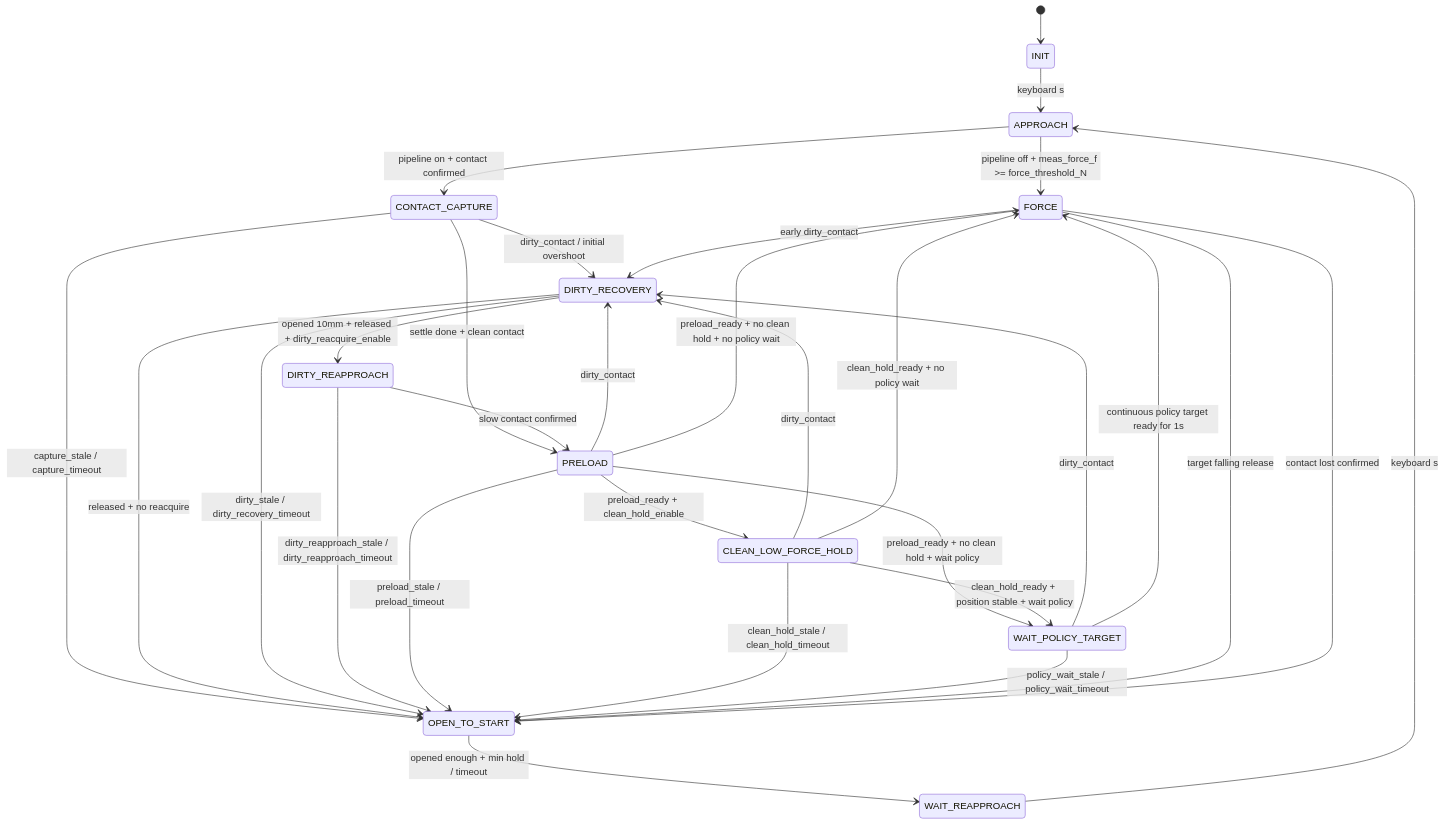
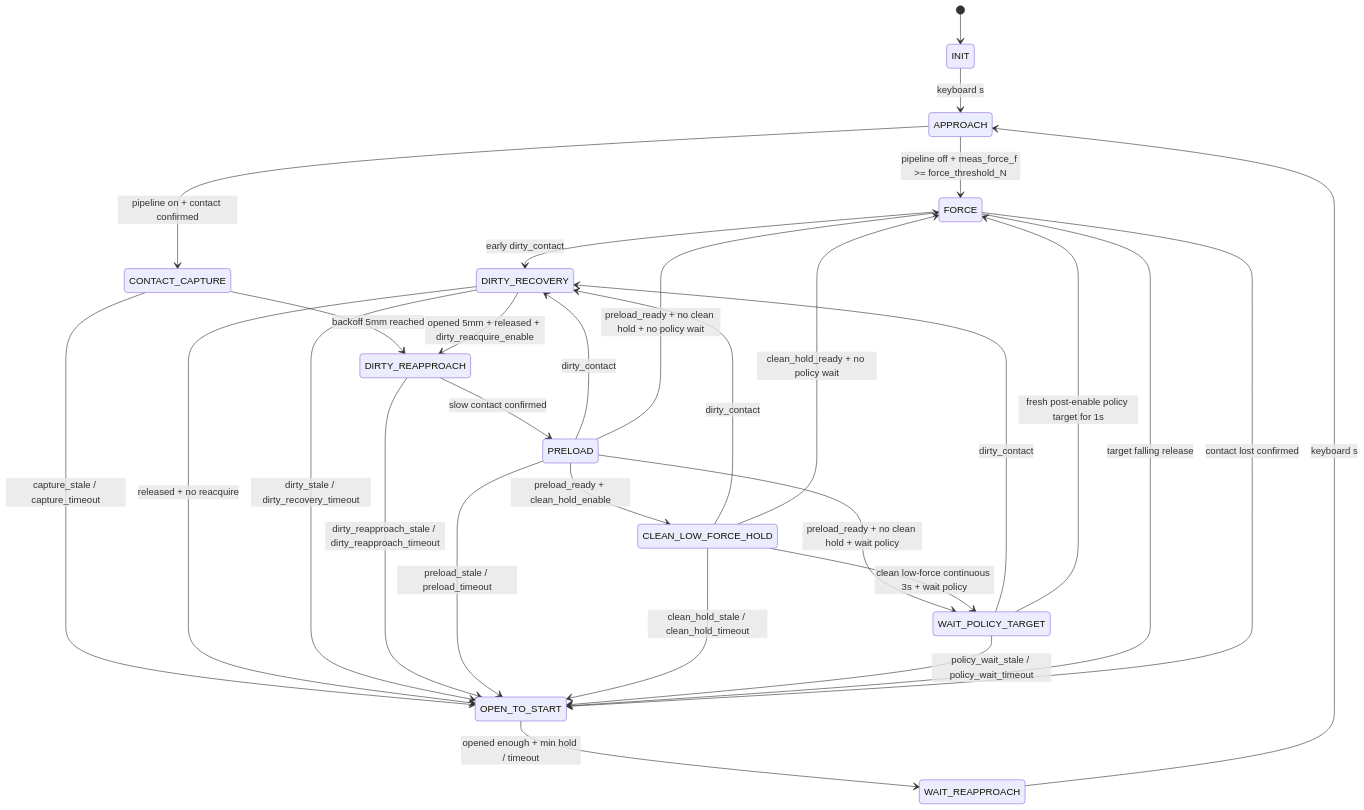
The diagram in wsg_50_driver/wsg50_fsm_force_ctrl_design_v6.md (liane112/wsg50-ros-pkg), drawn with Mermaid before and after one commit. The commit also changed other lines of this file and 1 other file, not shown here.

Commit message:
Update v6 force control handover logic

````diff
--- a/wsg_50_driver/wsg50_fsm_force_ctrl_design_v6.md
+++ b/wsg_50_driver/wsg50_fsm_force_ctrl_design_v6.md
@@ -130,42 +135,41 @@
 ```mermaid
 stateDiagram-v2
     [*] --> INIT
 
     INIT --> APPROACH: keyboard s
     WAIT_REAPPROACH --> APPROACH: keyboard s
 
     APPROACH --> FORCE: pipeline off + meas_force_f >= force_threshold_N
     APPROACH --> CONTACT_CAPTURE: pipeline on + contact confirmed
 
     CONTACT_CAPTURE --> OPEN_TO_START: capture_stale / capture_timeout
-    CONTACT_CAPTURE --> DIRTY_RECOVERY: dirty_contact / initial overshoot
-    CONTACT_CAPTURE --> PRELOAD: settle done + clean contact
+    CONTACT_CAPTURE --> DIRTY_REAPPROACH: backoff 5mm reached
 
-    DIRTY_RECOVERY --> DIRTY_REAPPROACH: opened 10mm + released + dirty_reacquire_enable
+    DIRTY_RECOVERY --> DIRTY_REAPPROACH: opened 5mm + released + dirty_reacquire_enable
     DIRTY_RECOVERY --> OPEN_TO_START: released + no reacquire
     DIRTY_RECOVERY --> OPEN_TO_START: dirty_stale / dirty_recovery_timeout
 
     DIRTY_REAPPROACH --> PRELOAD: slow contact confirmed
     DIRTY_REAPPROACH --> OPEN_TO_START: dirty_reapproach_stale / dirty_reapproach_timeout
 
     PRELOAD --> DIRTY_RECOVERY: dirty_contact
     PRELOAD --> OPEN_TO_START: preload_stale / preload_timeout
     PRELOAD --> CLEAN_LOW_FORCE_HOLD: preload_ready + clean_hold_enable
     PRELOAD --> WAIT_POLICY_TARGET: preload_ready + no clean hold + wait policy
     PRELOAD --> FORCE: preload_ready + no clean hold + no policy wait
 
     CLEAN_LOW_FORCE_HOLD --> DIRTY_RECOVERY: dirty_contact
     CLEAN_LOW_FORCE_HOLD --> OPEN_TO_START: clean_hold_stale / clean_hold_timeout
-    CLEAN_LOW_FORCE_HOLD --> WAIT_POLICY_TARGET: clean_hold_ready + position stable + wait policy
+    CLEAN_LOW_FORCE_HOLD --> WAIT_POLICY_TARGET: clean low-force continuous 3s + wait policy
     CLEAN_LOW_FORCE_HOLD --> FORCE: clean_hold_ready + no policy wait
 
     WAIT_POLICY_TARGET --> DIRTY_RECOVERY: dirty_contact
     WAIT_POLICY_TARGET --> OPEN_TO_START: policy_wait_stale / policy_wait_timeout
-    WAIT_POLICY_TARGET --> FORCE: continuous policy target ready for 1s
+    WAIT_POLICY_TARGET --> FORCE: fresh post-enable policy target for 1s
 
     FORCE --> DIRTY_RECOVERY: early dirty_contact
     FORCE --> OPEN_TO_START: target falling release
     FORCE --> OPEN_TO_START: contact lost confirmed
 
     OPEN_TO_START --> WAIT_REAPPROACH: opened enough + min hold / timeout
 ```
````
